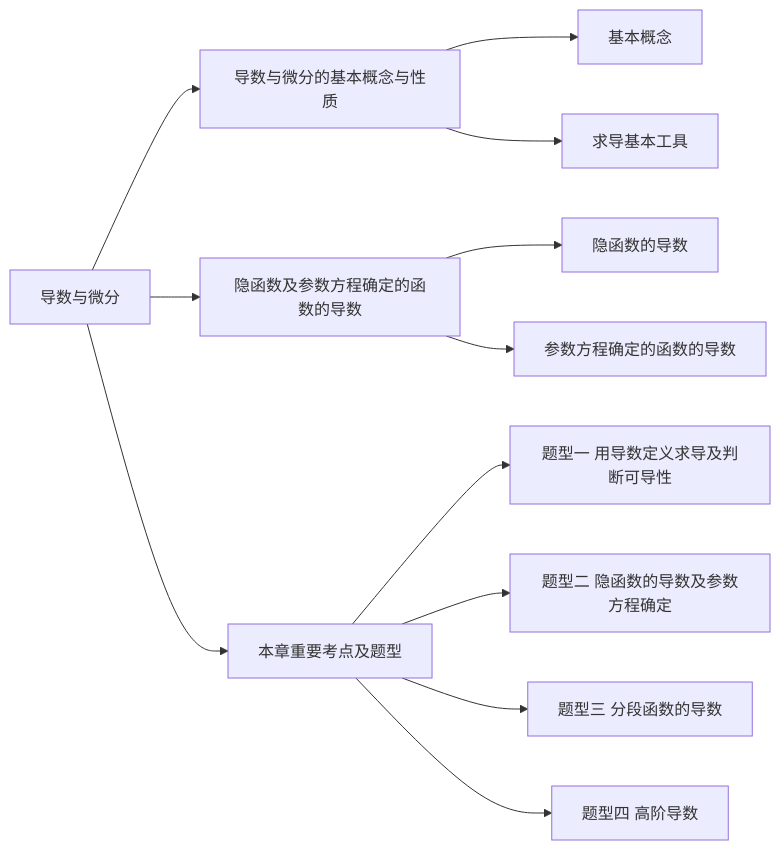
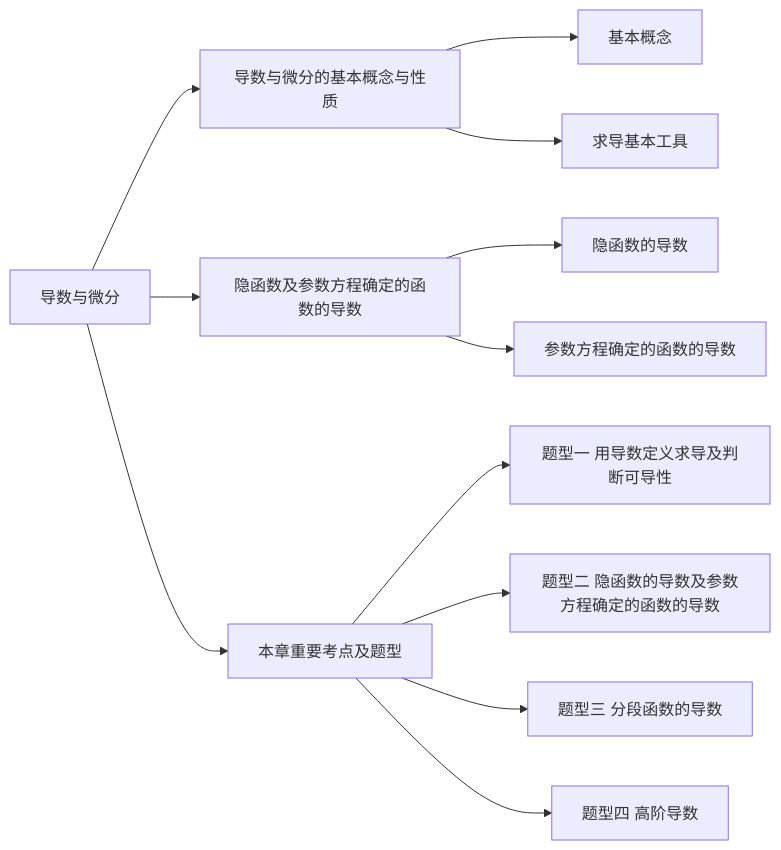
The diagram in docs/website/exam/math/高等数学/高等数学辅导讲义-基础篇/2.第二章 导数与微分.md (LBJhui/LBJhui-blog), drawn with Mermaid before and after one commit. The commit also changed other lines of this file and 2 other files, not shown here.

````diff
--- a/docs/website/exam/math/高等数学/高等数学辅导讲义-基础篇/2.第二章 导数与微分.md
+++ b/docs/website/exam/math/高等数学/高等数学辅导讲义-基础篇/2.第二章 导数与微分.md
@@ -12,14 +12,14 @@
 ```mermaid
 graph LR
 A[导数与微分] --> AA[导数与微分的基本概念与性质]
 AA --> AAA[基本概念]
 AA --> AAB[求导基本工具]
 A --> AB[隐函数及参数方程确定的函数的导数]
 AB --> ABA[隐函数的导数]
 AB --> ABB[参数方程确定的函数的导数]
 A --> AC[本章重要考点及题型]
 AC --> ACA["题型一 用导数定义求导及判断可导性"]
-AC --> ACB["题型二 隐函数的导数及参数方程确定"]
+AC --> ACB["题型二 隐函数的导数及参数方程确定的函数的导数"]
 AC --> ACC["题型三 分段函数的导数"]
 AC --> ACD["题型四 高阶导数"]
 ```
````
